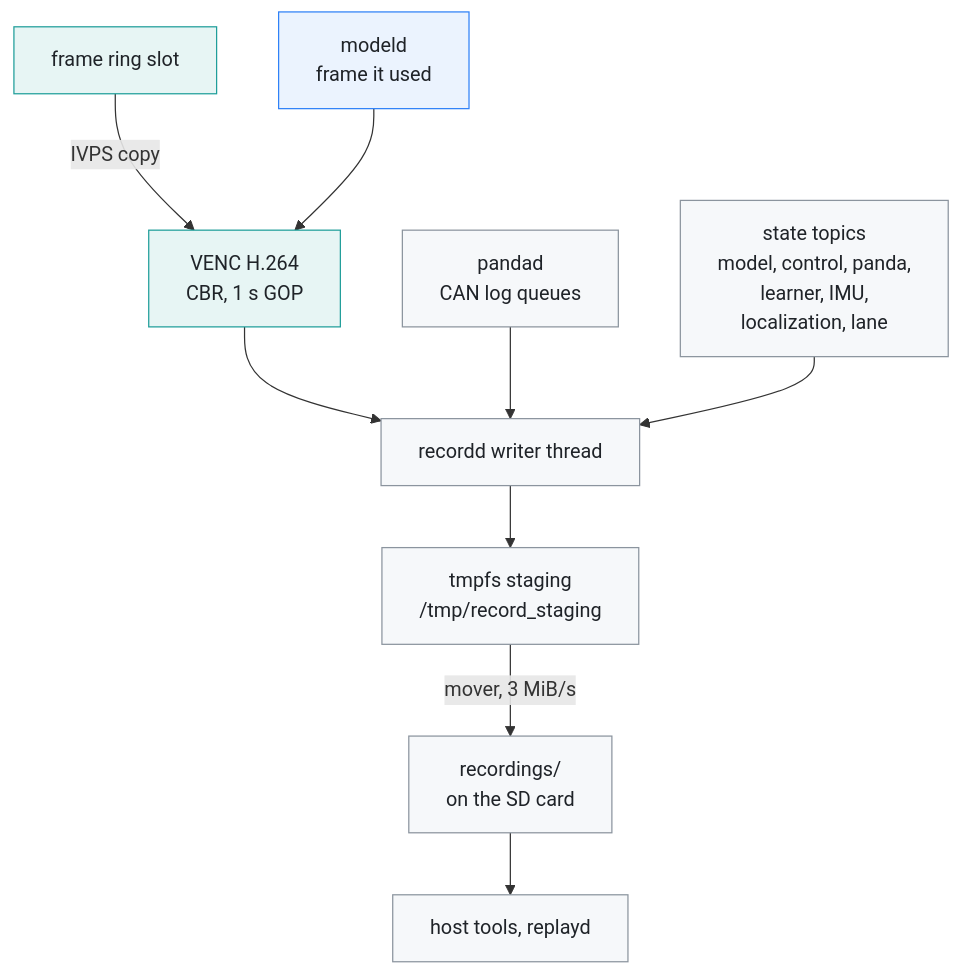
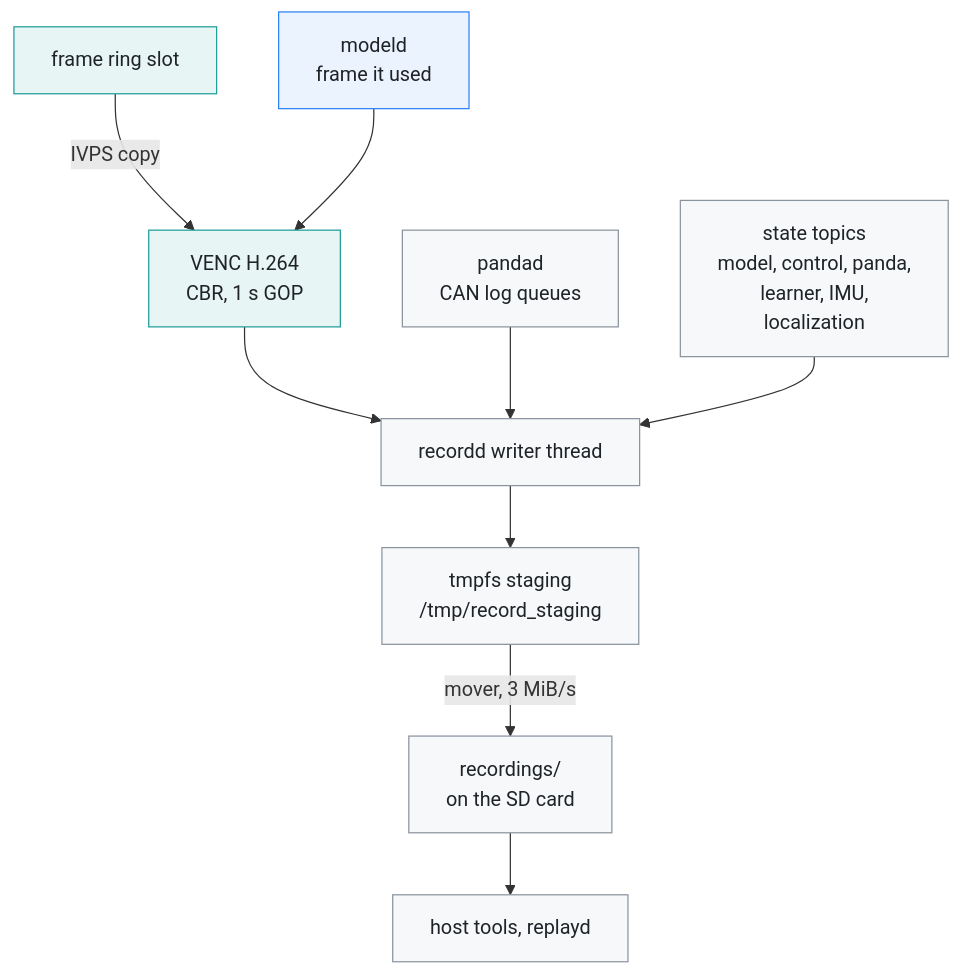
One commit to Deggory/edgepilot changed the first of 3 diagrams in docs/recording.md. Above: the diagram before and after it, drawn with Mermaid. The commit also changed other lines of this file and 100 other files, not shown here.

````diff
--- a/docs/recording.md
+++ b/docs/recording.md
@@ -14,17 +14,17 @@
 ```mermaid
 flowchart TB
     ring["frame ring slot"] -- "IVPS copy" --> venc["VENC H.264<br>CBR, 1 s GOP"]
     modeld["modeld<br>frame it used"] --> venc
     venc --> writer["recordd writer thread"]
     can["pandad<br>CAN log queues"] --> writer
-    states["state topics<br>model, control, panda,<br>learner, IMU,<br>localization, lane"] --> writer
+    states["state topics<br>model, control, panda,<br>learner, IMU,<br>localization"] --> writer
     writer --> staging["tmpfs staging<br>/tmp/record_staging"]
     staging -- "mover, 3 MiB/s" --> sd["recordings/<br>on the SD card"]
     sd --> readers["host tools, replayd"]
     classDef pixel fill:#e7f5f4,stroke:#1f9e9a,color:#1f2328
     classDef compute fill:#ebf3fe,stroke:#2f81f7,color:#1f2328
     classDef proc fill:#f6f8fa,stroke:#8b949e,color:#1f2328
     class ring,venc pixel
     class modeld compute
     class writer,can,states,staging,sd,readers proc
 ```
````
